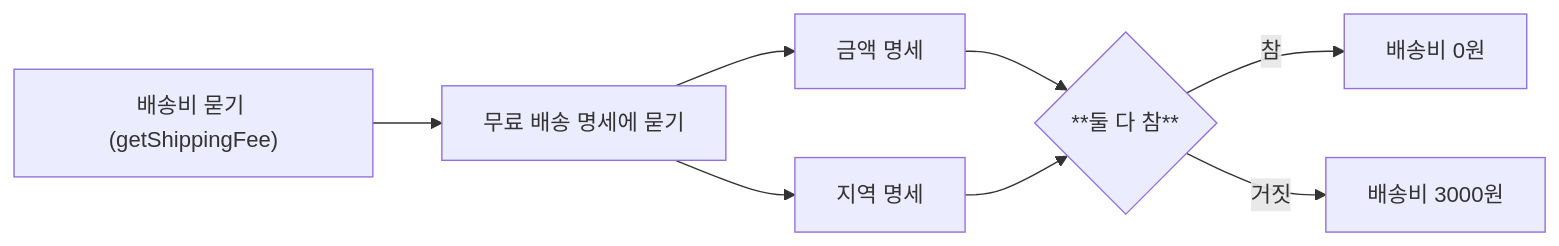
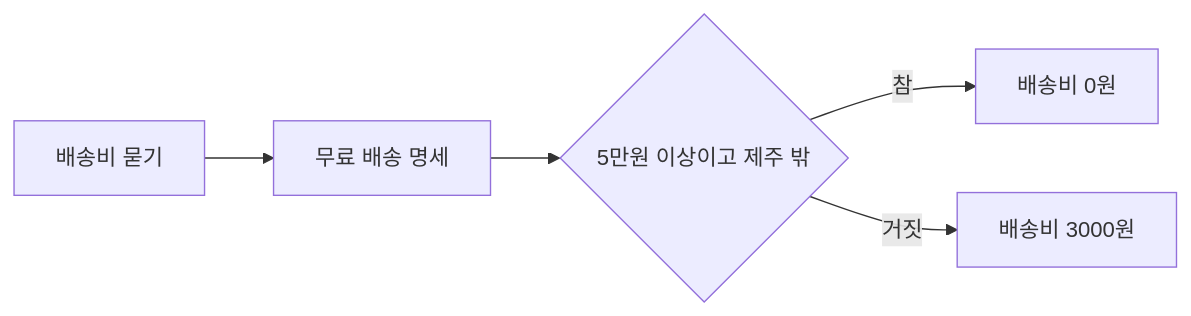
Before and after one commit to busan-bank-2026/ddd-example: the diagram in .projectcode/chapters/free-shipping/diagrams/flow.md, drawn with Mermaid. The commit also changed other lines of this file and 13 other files, not shown here.

````diff
--- a/.projectcode/chapters/free-shipping/diagrams/flow.md
+++ b/.projectcode/chapters/free-shipping/diagrams/flow.md
@@ -3,10 +3,7 @@
 ```mermaid
 flowchart LR
-  A["배송비 묻기 (getShippingFee)"] --> B[무료 배송 명세에 묻기]
-  B --> C[금액 명세]
-  B --> D[지역 명세]
-  C --> E{**둘 다 참**}
-  D --> E
-  E -->|참| F[배송비 0원]
-  E -->|거짓| G[배송비 3000원]
+  A[배송비 묻기] --> B[무료 배송 명세]
+  B --> C{5만원 이상이고 제주 밖}
+  C -->|참| D[배송비 0원]
+  C -->|거짓| E[배송비 3000원]
 ```
````
